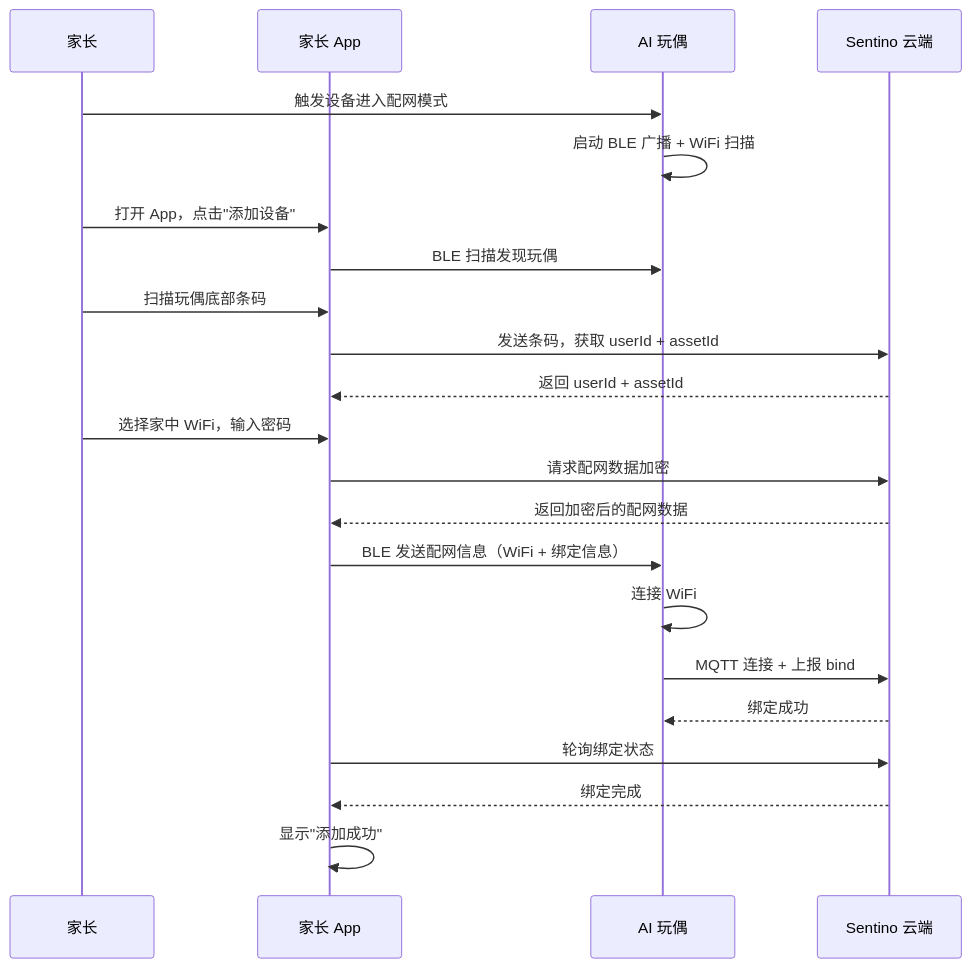
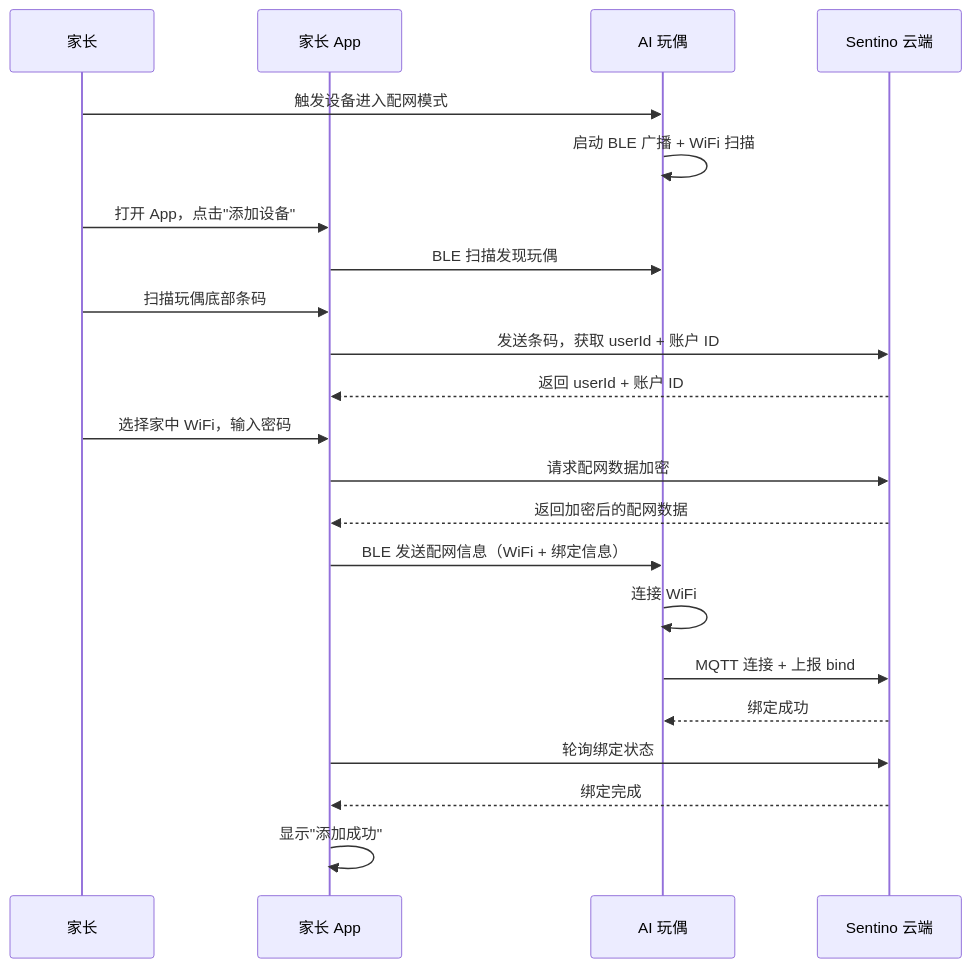
Before and after one commit to sentino-jp/iot-docs: the third of 7 diagrams in solution-ai-toy.md, drawn with Mermaid. The commit also changed other lines of this file and 9 other files, not shown here.

````diff
--- a/solution-ai-toy.md
+++ b/solution-ai-toy.md
@@ -85,25 +85,25 @@
 ```mermaid
 sequenceDiagram
     participant User as 家长
     participant App as 家长 App
     participant Toy as AI 玩偶
     participant Cloud as Sentino 云端
 
     User->>Toy: 触发设备进入配网模式
     Toy->>Toy: 启动 BLE 广播 + WiFi 扫描
     User->>App: 打开 App，点击"添加设备"
     App->>Toy: BLE 扫描发现玩偶
     User->>App: 扫描玩偶底部条码
-    App->>Cloud: 发送条码，获取 userId + assetId
-    Cloud-->>App: 返回 userId + assetId
+    App->>Cloud: 发送条码，获取 userId + 账户 ID
+    Cloud-->>App: 返回 userId + 账户 ID
     User->>App: 选择家中 WiFi，输入密码
     App->>Cloud: 请求配网数据加密
     Cloud-->>App: 返回加密后的配网数据
     App->>Toy: BLE 发送配网信息（WiFi + 绑定信息）
     Toy->>Toy: 连接 WiFi
     Toy->>Cloud: MQTT 连接 + 上报 bind
     Cloud-->>Toy: 绑定成功
     App->>Cloud: 轮询绑定状态
     Cloud-->>App: 绑定完成
     App->>App: 显示"添加成功"
 ```
````
